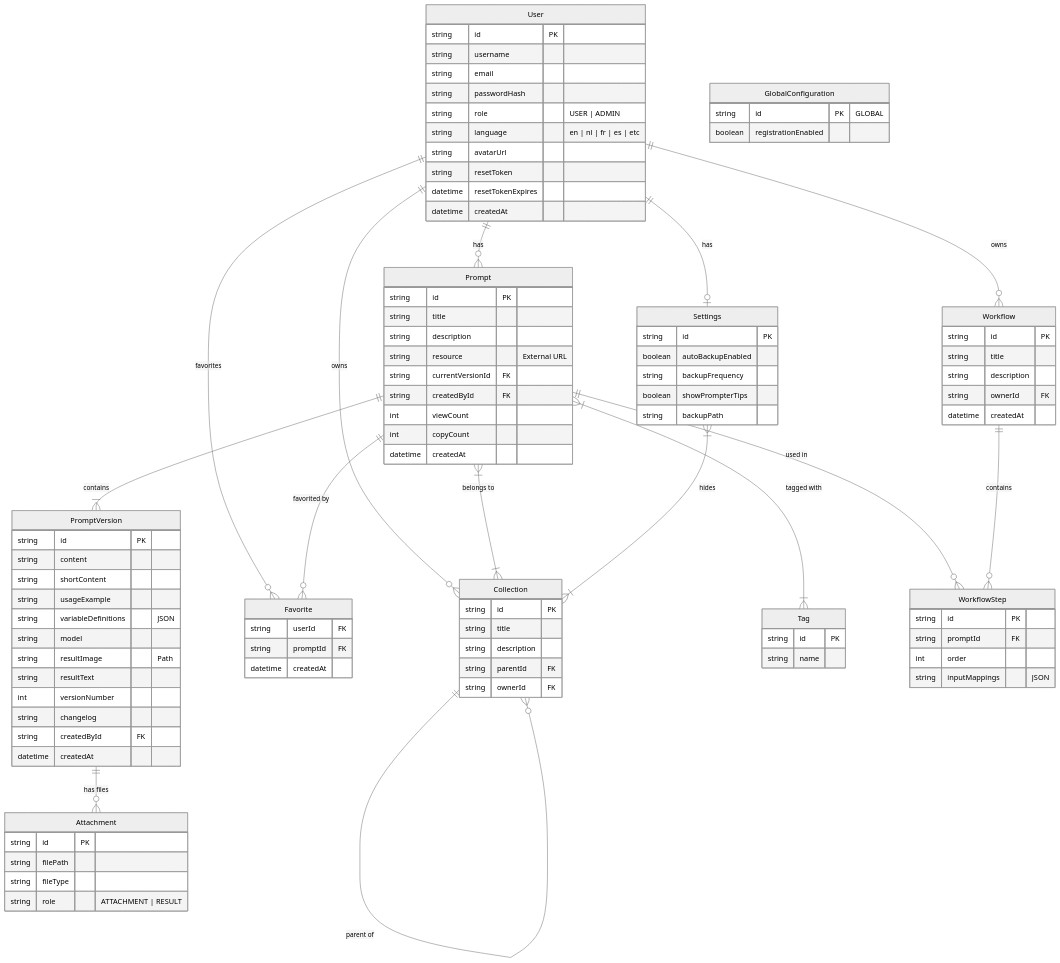
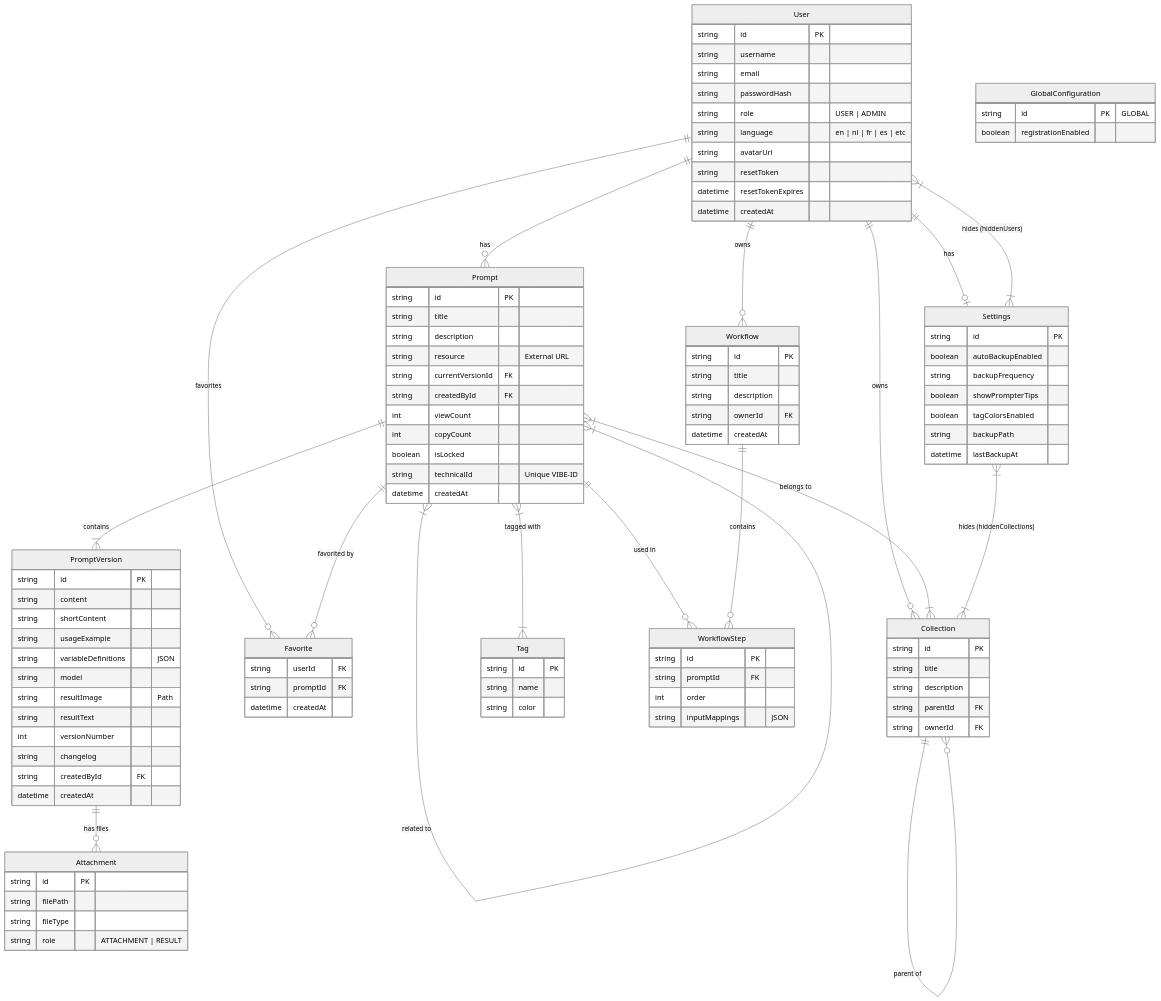
One commit to jovd83/prompthive changed the diagram in docs/diagrams/schema.mmd. Above: the diagram before and after it, drawn with Mermaid (neutral theme). The commit also changed 246 other files, not shown here.

```diff
--- a/docs/diagrams/schema.mmd
+++ b/docs/diagrams/schema.mmd
@@ -1,111 +1,118 @@
 erDiagram
     User ||--o{ Prompt : has
     User ||--o{ Collection : owns
     User ||--o| Settings : has
     User ||--o{ Workflow : owns
     User ||--o{ Favorite : "favorites"
     
     User {
         string id PK
         string username
         string email
         string passwordHash
         string role "USER | ADMIN"
         string language "en | nl | fr | es | etc"
         string avatarUrl
         string resetToken
         datetime resetTokenExpires
         datetime createdAt
     }
 
     Settings {
         string id PK
         boolean autoBackupEnabled
         string backupFrequency
         boolean showPrompterTips
+        boolean tagColorsEnabled
         string backupPath
+        datetime lastBackupAt
     }
     
     GlobalConfiguration {
         string id PK "GLOBAL"
         boolean registrationEnabled
     }
 
     Prompt ||--|{ PromptVersion : contains
     Prompt }|--|{ Collection : "belongs to"
     Prompt }|--|{ Tag : "tagged with"
     Prompt ||--o{ WorkflowStep : "used in"
     Prompt ||--o{ Favorite : "favorited by"
+    Prompt }|--|{ Prompt : "related to"
 
     Prompt {
         string id PK
         string title
         string description
         string resource "External URL"
         string currentVersionId FK
         string createdById FK
         int viewCount
         int copyCount
+        boolean isLocked
+        string technicalId "Unique VIBE-ID"
         datetime createdAt
     }
 
     PromptVersion ||--o{ Attachment : "has files"
     PromptVersion {
         string id PK
         string content
         string shortContent
         string usageExample
         string variableDefinitions "JSON"
         string model
         string resultImage "Path"
         string resultText
         int versionNumber
         string changelog
         string createdById FK
         datetime createdAt
     }
 
     Attachment {
         string id PK
         string filePath
         string fileType
         string role "ATTACHMENT | RESULT"
     }
 
     Collection ||--o{ Collection : "parent of"
     Collection {
         string id PK
         string title
         string description
         string parentId FK
         string ownerId FK
     }
 
     Tag {
         string id PK
         string name
+        string color
     }
 
     Workflow ||--o{ WorkflowStep : contains
     Workflow {
         string id PK
         string title
         string description
         string ownerId FK
         datetime createdAt
     }
 
     WorkflowStep {
         string id PK
         string promptId FK
         int order
         string inputMappings "JSON"
     }
 
     Favorite {
         string userId FK
         string promptId FK
         datetime createdAt
     }
 
-    Settings }|--|{ Collection : "hides"
+    Settings }|--|{ Collection : "hides (hiddenCollections)"
+    Settings }|--|{ User : "hides (hiddenUsers)"
```
